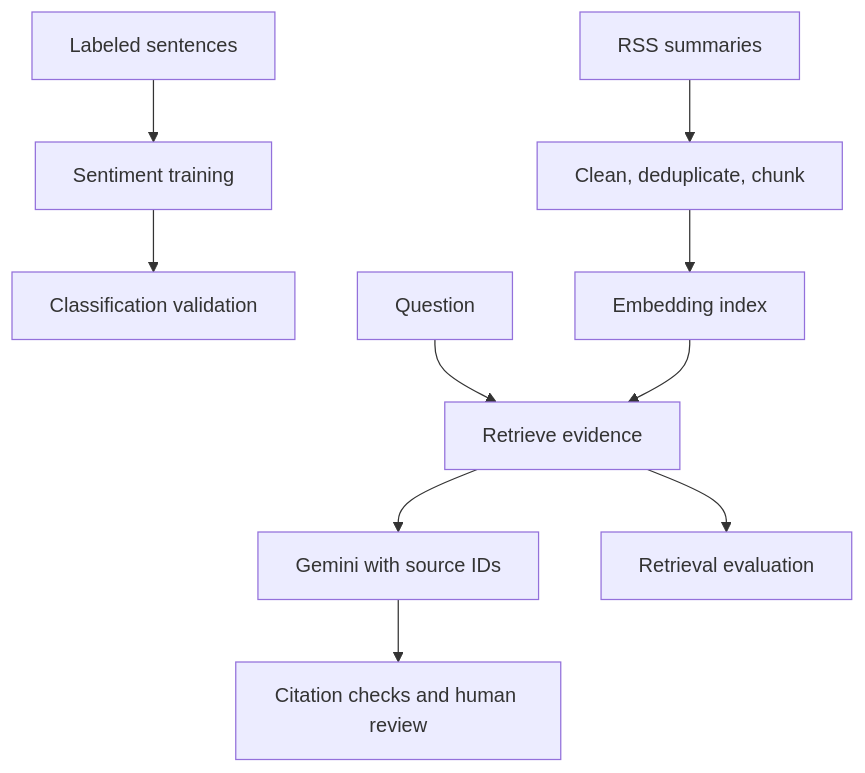
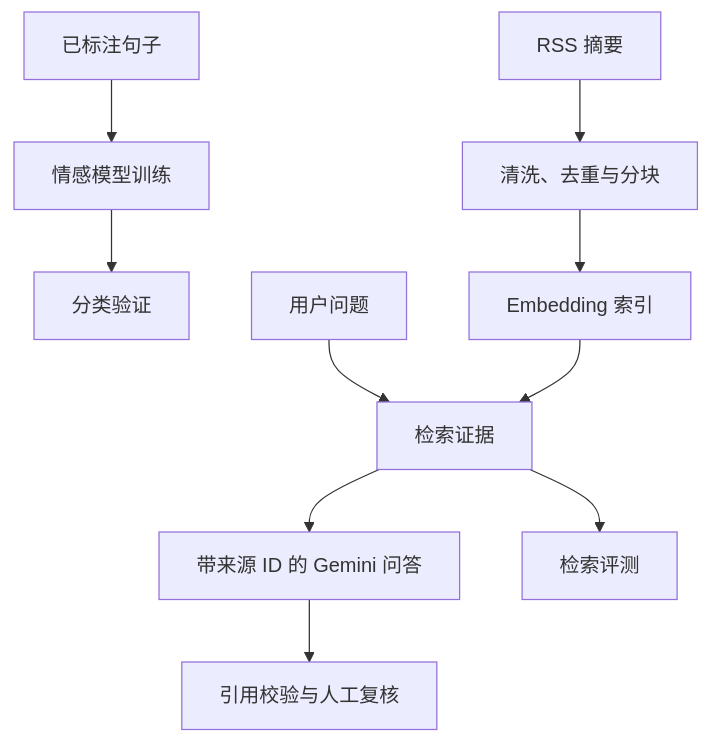
One commit to yvonnejinn/news-intelligence-rag-agent changed the diagram in README.md. Above: the diagram before and after it, drawn with Mermaid. The commit also changed other lines of this file, not shown here.

````diff
--- a/README.md
+++ b/README.md
@@ -27,12 +16,12 @@
 ```mermaid
 flowchart TD
-  P["Labeled sentences"] --> T["Sentiment training"]
-  T --> C["Classification validation"]
-  R["RSS summaries"] --> D["Clean, deduplicate, chunk"]
-  D --> I["Embedding index"]
-  Q["Question"] --> S["Retrieve evidence"]
+  P["已标注句子"] --> T["情感模型训练"]
+  T --> C["分类验证"]
+  R["RSS 摘要"] --> D["清洗、去重与分块"]
+  D --> I["Embedding 索引"]
+  Q["用户问题"] --> S["检索证据"]
   I --> S
-  S --> G["Gemini with source IDs"]
-  S --> E["Retrieval evaluation"]
-  G --> V["Citation checks and human review"]
+  S --> G["带来源 ID 的 Gemini 问答"]
+  S --> E["检索评测"]
+  G --> V["引用校验与人工复核"]
 ```
````
